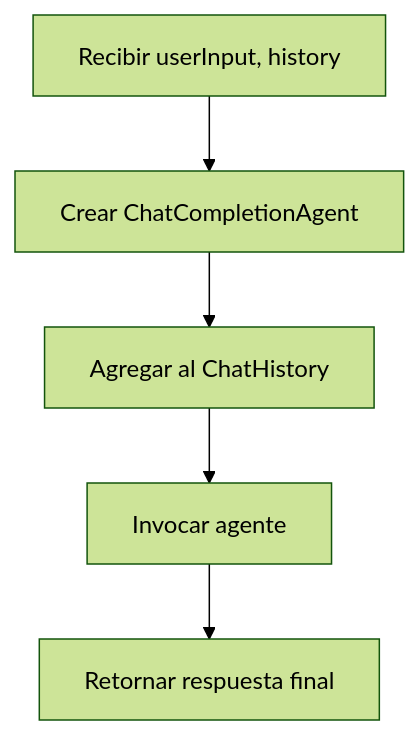
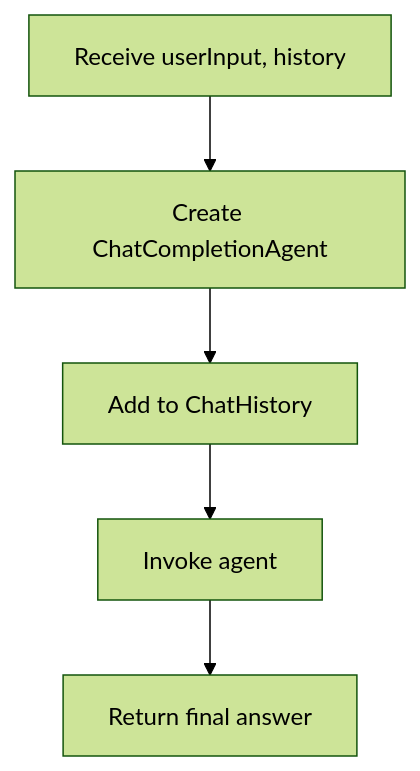
Before and after one commit to cfonseca23/CF.AspireApp.Llm: the first of 7 diagrams in README.md, drawn with Mermaid (forest theme). The commit also changed other lines of this file, not shown here.

Commit message:
Actualiza la sección de configuración y uso en README.md, mejora la claridad de los diagramas Mermaid y añade la sección de licencia.

````diff
--- a/README.md
+++ b/README.md
@@ -37,7 +32,7 @@
 ```mermaid
 flowchart TD
-    A[Recibir userInput, history] --> B[Crear ChatCompletionAgent]
-    B --> C[Agregar al ChatHistory]
-    C --> D[Invocar agente]
-    D --> E[Retornar respuesta final]
+    A[Receive userInput, history] --> B[Create ChatCompletionAgent]
+    B --> C[Add to ChatHistory]
+    C --> D[Invoke agent]
+    D --> E[Return final answer]
 ```
````
